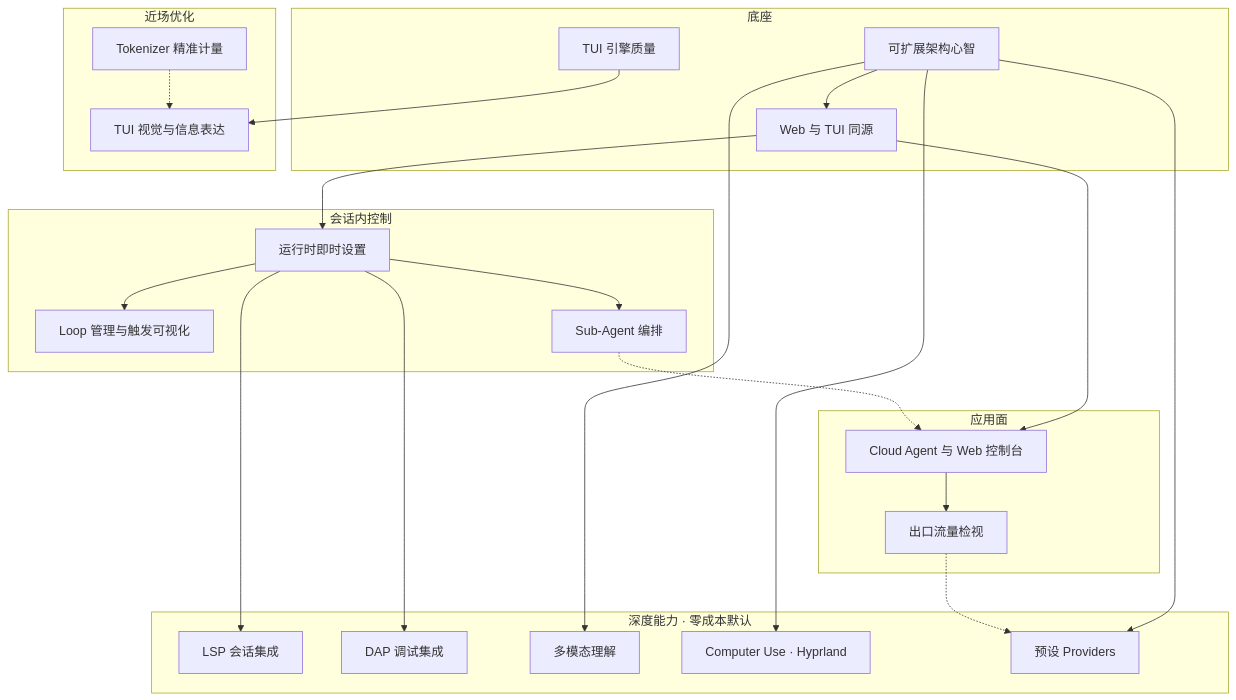
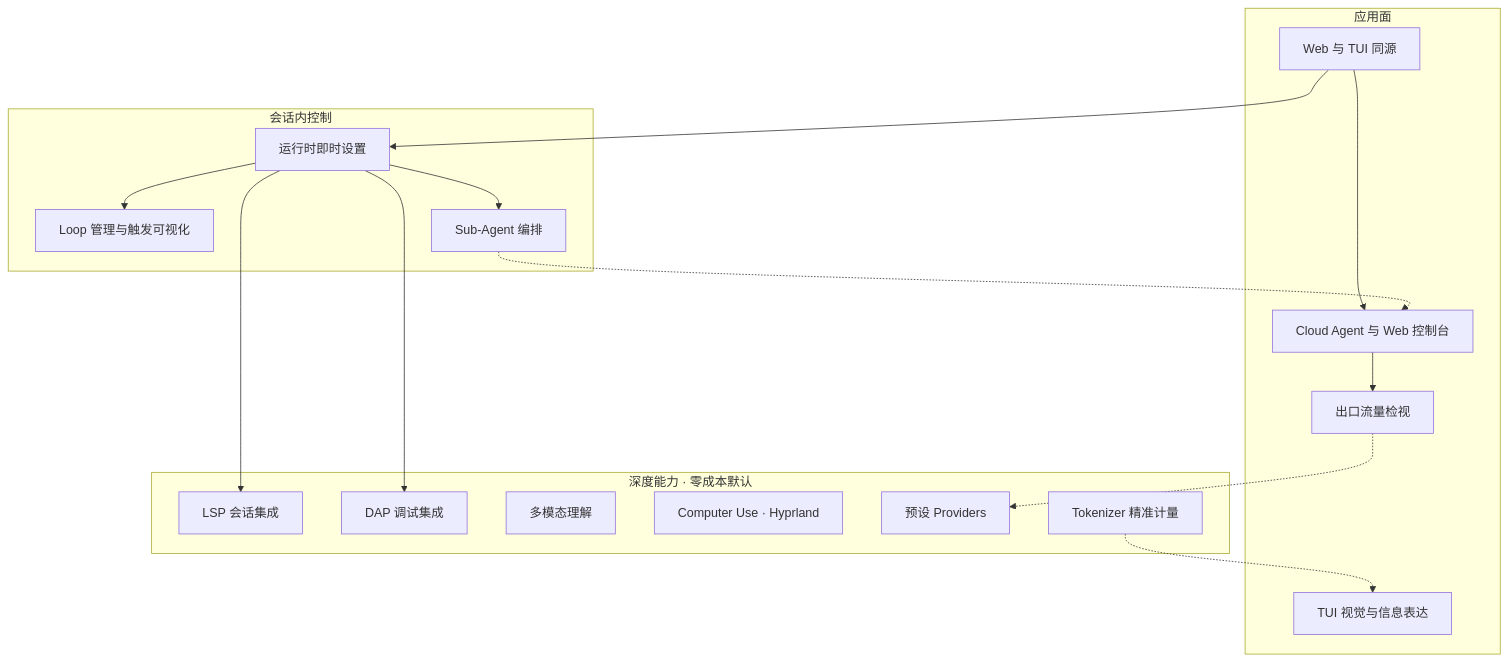
One commit to StrayDragon/xylitol changed the diagram in docs/roadmaps/README.md. Above: the diagram before and after it, drawn with Mermaid. The commit also changed other lines of this file and 31 other files, not shown here.

````diff
--- a/docs/roadmaps/README.md
+++ b/docs/roadmaps/README.md
@@ -33,48 +26,35 @@
 ```mermaid
 flowchart TB
-  subgraph Foundation["底座"]
-    Arch["可扩展架构心智"]
+  subgraph Surfaces["应用面"]
     Homo["Web 与 TUI 同源"]
-    TuiQ["TUI 引擎质量"]
-  end
-
-  subgraph Near["近场优化"]
-    Visual["TUI 视觉与信息表达"]
-    Tok["Tokenizer 精准计量"]
-  end
-
-  subgraph Surfaces["应用面"]
     Web["Cloud Agent 与 Web 控制台"]
     Inspect["出口流量检视"]
+    Visual["TUI 视觉与信息表达"]
   end
 
   subgraph SessionCtrl["会话内控制"]
     Live["运行时即时设置"]
     Loop["Loop 管理与触发可视化"]
     Sub["Sub-Agent 编排"]
   end
 
   subgraph Depth["深度能力 · 零成本默认"]
     Lsp["LSP 会话集成"]
     Dap["DAP 调试集成"]
     Multi["多模态理解"]
     Cu["Computer Use · Hyprland"]
     Prov["预设 Providers"]
+    Tok["Tokenizer 精准计量"]
   end
 
-  Arch --> Homo
   Homo --> Web
-  TuiQ --> Visual
   Web --> Inspect
   Live --> Lsp
   Live --> Dap
   Live --> Sub
   Live --> Loop
   Homo --> Live
-  Arch --> Multi
-  Arch --> Cu
-  Arch --> Prov
   Tok -.-> Visual
   Inspect -.-> Prov
   Sub -.-> Web
 ```
````
